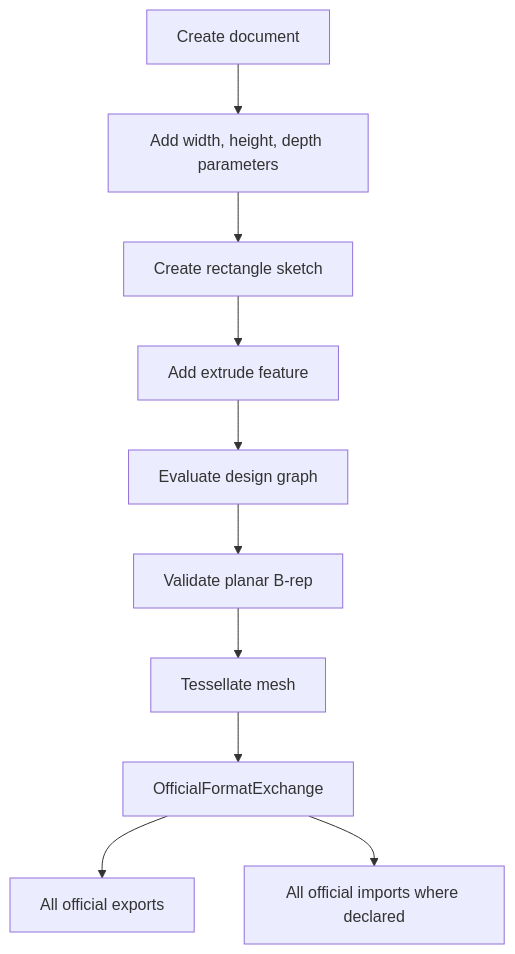
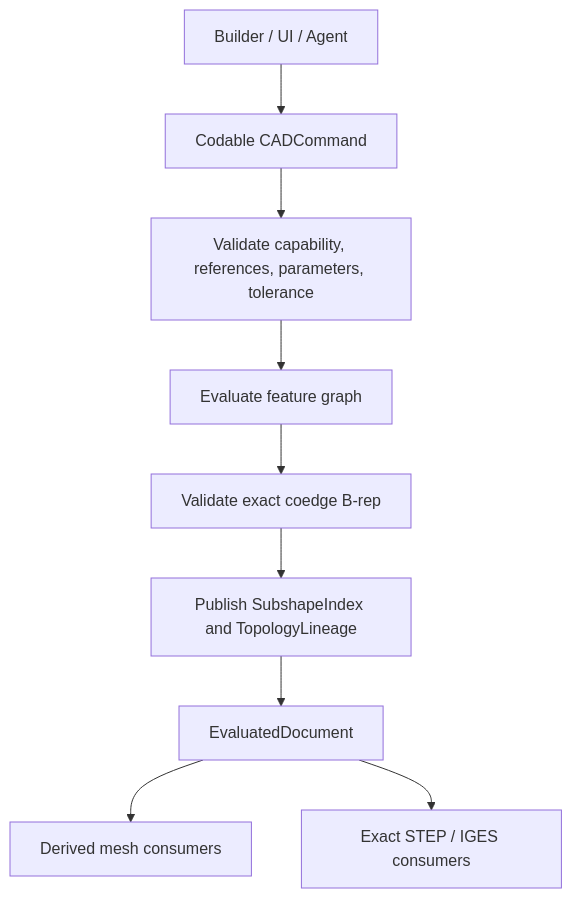
Before and after one commit to 1amageek/swift-CAD: the eighth of 8 diagrams in SPEC.md, drawn with Mermaid. The commit also changed other lines of this file and 824 other files, not shown here.

Commit message:
Implement exact CAD kernel modeling architecture

````diff
--- a/SPEC.md
+++ b/SPEC.md
@@ -1481,12 +1598,11 @@
 ```mermaid
 flowchart TD
-    A["Create document"] --> B["Add width, height, depth parameters"]
-    B --> C["Create rectangle sketch"]
-    C --> D["Add extrude feature"]
-    D --> E["Evaluate design graph"]
-    E --> F["Validate planar B-rep"]
-    F --> G["Tessellate mesh"]
-    G --> H["OfficialFormatExchange"]
-    H --> I["All official exports"]
-    H --> J["All official imports where declared"]
+    A["Builder / UI / Agent"] --> B["Codable CADCommand"]
+    B --> C["Validate capability, references, parameters, tolerance"]
+    C --> D["Evaluate feature graph"]
+    D --> E["Validate exact coedge B-rep"]
+    E --> F["Publish SubshapeIndex and TopologyLineage"]
+    F --> G["EvaluatedDocument"]
+    G --> H["Derived mesh consumers"]
+    G --> I["Exact STEP / IGES consumers"]
 ```
````
